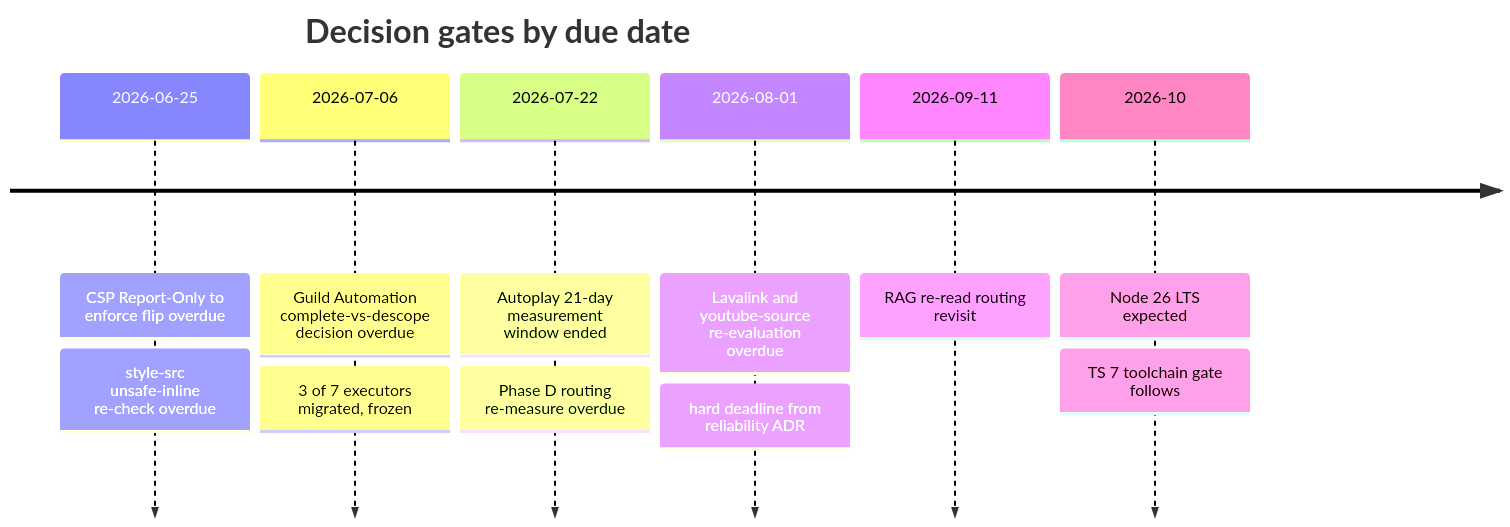
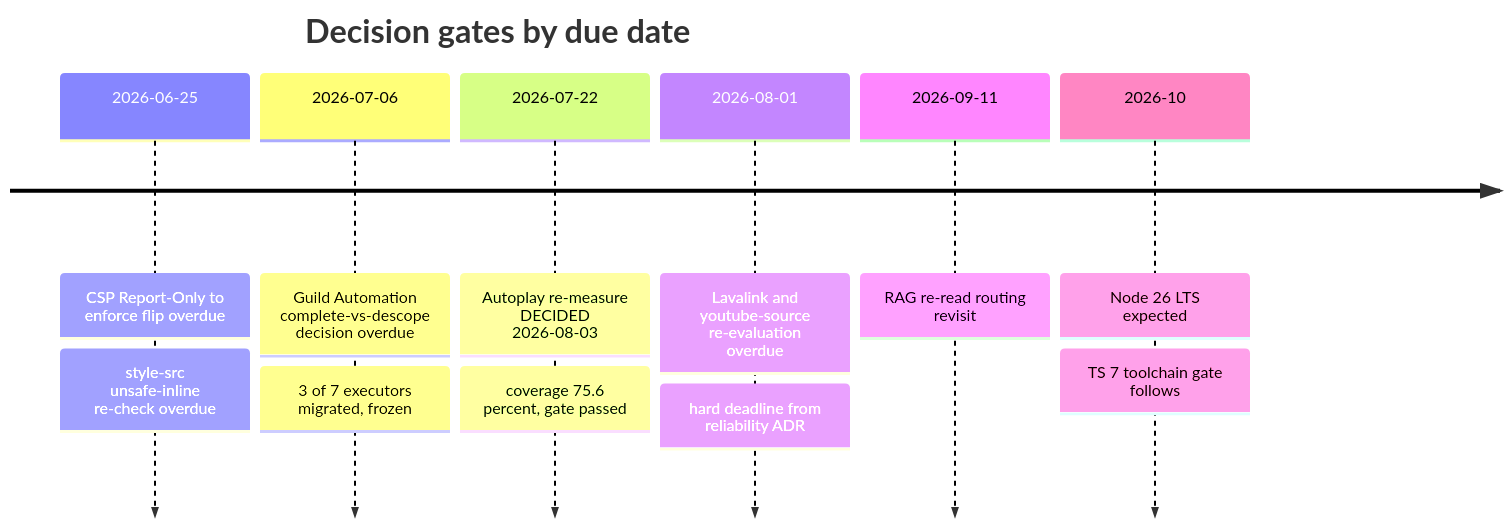
Before and after one commit to LucasSantana-Dev/Lucky: the second of 2 diagrams in docs/roadmap.md, drawn with Mermaid. The commit also changed other lines of this file and 1 other file, not shown here.

First line of the commit message:
docs: autoplay re-measure — coverage gate passed, route to reliability + UX

````diff
--- a/docs/roadmap.md
+++ b/docs/roadmap.md
@@ -81,10 +80,10 @@
 ```mermaid
 timeline
     title Decision gates by due date
     2026-06-25 : CSP Report-Only to enforce flip overdue : style-src unsafe-inline re-check overdue
     2026-07-06 : Guild Automation complete-vs-descope decision overdue : 3 of 7 executors migrated, frozen
-    2026-07-22 : Autoplay 21-day measurement window ended : Phase D routing re-measure overdue
+    2026-07-22 : Autoplay re-measure DECIDED 2026-08-03 : coverage 75.6 percent, gate passed
     2026-08-01 : Lavalink and youtube-source re-evaluation overdue : hard deadline from reliability ADR
     2026-09-11 : RAG re-read routing revisit
     2026-10 : Node 26 LTS expected : TS 7 toolchain gate follows
 ```
````
